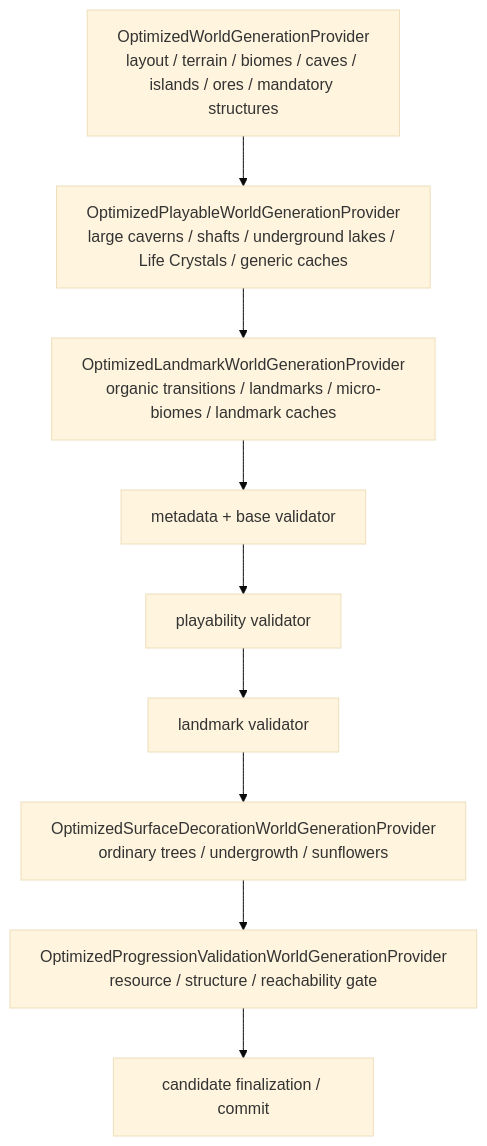
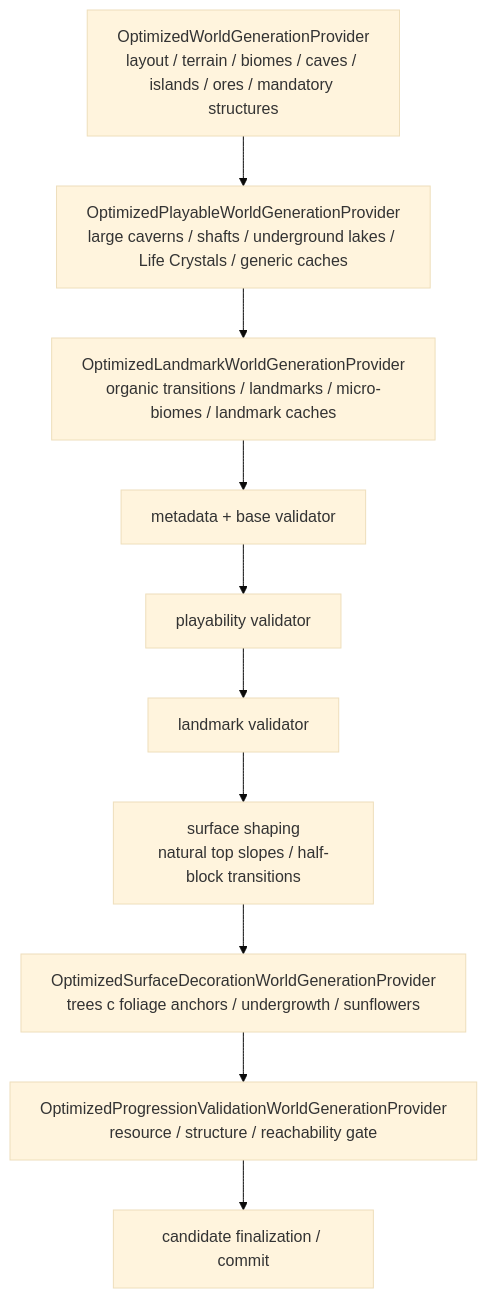
The diagram in docs/ru/optimized-world-generation.md (VegaKernel/TerraRuntime), drawn with Mermaid (base theme) before and after one commit. The commit also changed other lines of this file and 7 other files, not shown here.

Commit message:
Improve optimized surface quality

````diff
--- a/docs/ru/optimized-world-generation.md
+++ b/docs/ru/optimized-world-generation.md
@@ -24,14 +24,15 @@
 ```mermaid
 flowchart TD
     Base["OptimizedWorldGenerationProvider<br/>layout / terrain / biomes / caves / islands / ores / mandatory structures"]
     Play["OptimizedPlayableWorldGenerationProvider<br/>large caverns / shafts / underground lakes / Life Crystals / generic caches"]
     Land["OptimizedLandmarkWorldGenerationProvider<br/>organic transitions / landmarks / micro-biomes / landmark caches"]
     Meta["metadata + base validator"]
     PVal["playability validator"]
     LVal["landmark validator"]
-    Surf["OptimizedSurfaceDecorationWorldGenerationProvider<br/>ordinary trees / undergrowth / sunflowers"]
+    Shape["surface shaping<br/>natural top slopes / half-block transitions"]
+    Surf["OptimizedSurfaceDecorationWorldGenerationProvider<br/>trees с foliage anchors / undergrowth / sunflowers"]
     Prog["OptimizedProgressionValidationWorldGenerationProvider<br/>resource / structure / reachability gate"]
     Commit["candidate finalization / commit"]
 
-    Base --> Play --> Land --> Meta --> PVal --> LVal --> Surf --> Prog --> Commit
+    Base --> Play --> Land --> Meta --> PVal --> LVal --> Shape --> Surf --> Prog --> Commit
 ```
````
